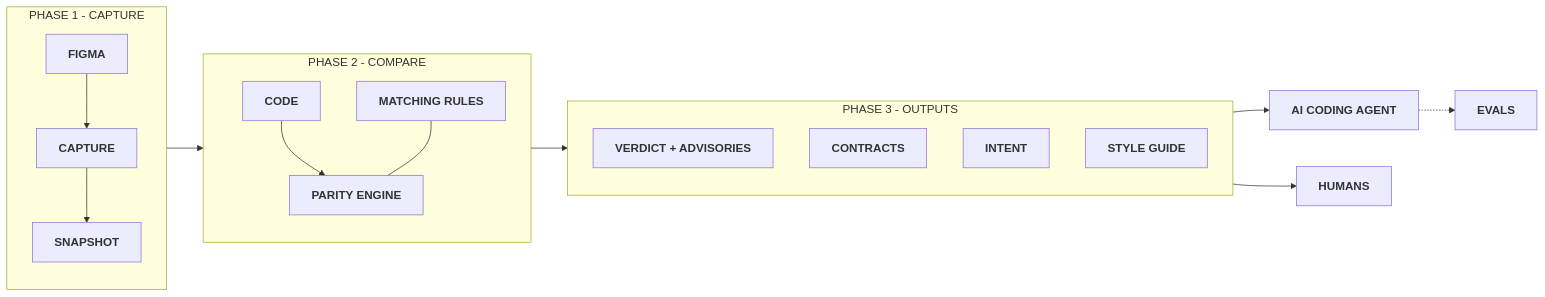
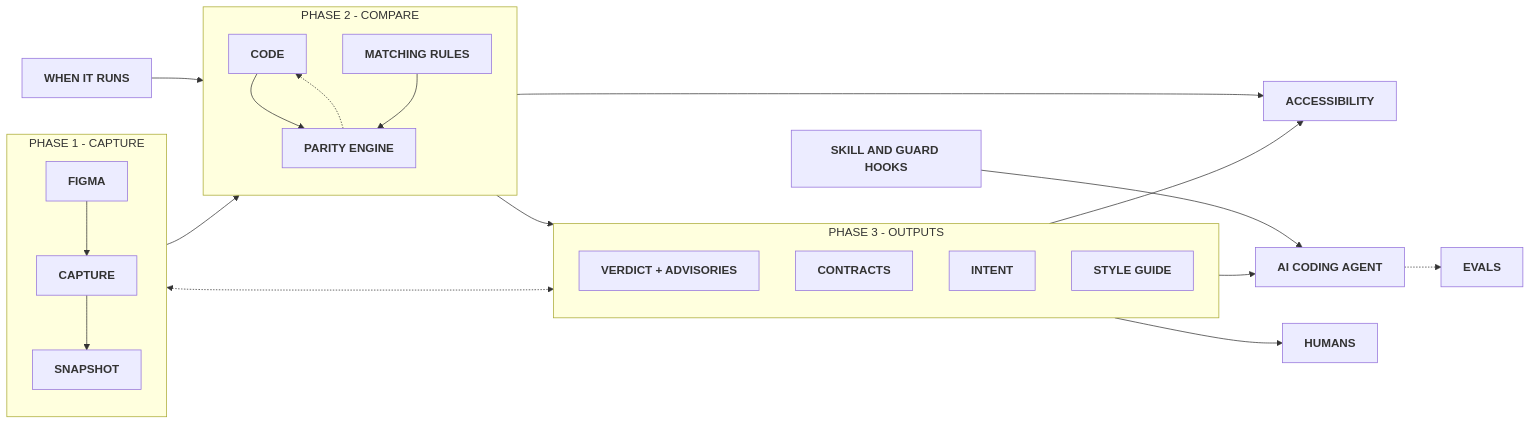
One commit to rafaelmatosdasilva/rms-design-system-engine changed the diagram in README.md. Above: the diagram before and after it, drawn with Mermaid. The commit also changed other lines of this file and 1 other file, not shown here.

Commit message:
README: rebuild the flow diagram from the updated FigJam board
Adds When it runs, Accessibility as its own step after the compare,
Skill and guard hooks, and the hand-back to Figma. The board link uses
the board's new name.

Claude-Session: https://claude.ai/code/session_01NAiQF7FaCvTe9vgNQmgsRB

````diff
--- a/README.md
+++ b/README.md
@@ -23,23 +23,36 @@
 ```mermaid
+%%{init: {"themeCSS": "[id*=L_P1_P3], [id*=L-P1-P3] { marker-end: none !important; }"}}%%
 flowchart LR
+    WHEN["<b>WHEN IT RUNS</b>"]
     subgraph P1["PHASE 1 - CAPTURE"]
         direction TB
         FIG["<b>FIGMA</b>"] --> CAP["<b>CAPTURE</b>"] --> SNAP["<b>SNAPSHOT</b>"]
     end
     subgraph P2["PHASE 2 - COMPARE"]
         direction TB
         CODE["<b>CODE</b>"] --> ENG["<b>PARITY ENGINE</b>"]
-        RULES["<b>MATCHING RULES</b>"] --- ENG
+        ENG -.-> CODE
+        RULES["<b>MATCHING RULES</b>"] --> ENG
     end
     subgraph P3["PHASE 3 - OUTPUTS"]
         direction TB
         RES["<b>VERDICT + ADVISORIES</b>"]
         CON["<b>CONTRACTS</b>"]
         INT["<b>INTENT</b>"]
         SG["<b>STYLE GUIDE</b>"]
     end
+    A11Y["<b>ACCESSIBILITY</b>"]
+    HOOKS["<b>SKILL AND GUARD HOOKS</b>"]
+    AI["<b>AI CODING AGENT</b>"]
+    HUM["<b>HUMANS</b>"]
+    EV["<b>EVALS</b>"]
+    WHEN --> P2
     P1 --> P2 --> P3
-    P3 --> AI["<b>AI CODING AGENT</b>"]
-    P3 --> HUM["<b>HUMANS</b>"]
-    AI -.-> EV["<b>EVALS</b>"]
+    P1 <-.-> P3
+    P2 --> A11Y
+    P3 --> A11Y
+    P3 --> AI
+    P3 --> HUM
+    HOOKS --> AI
+    AI -.-> EV
 ```
````
